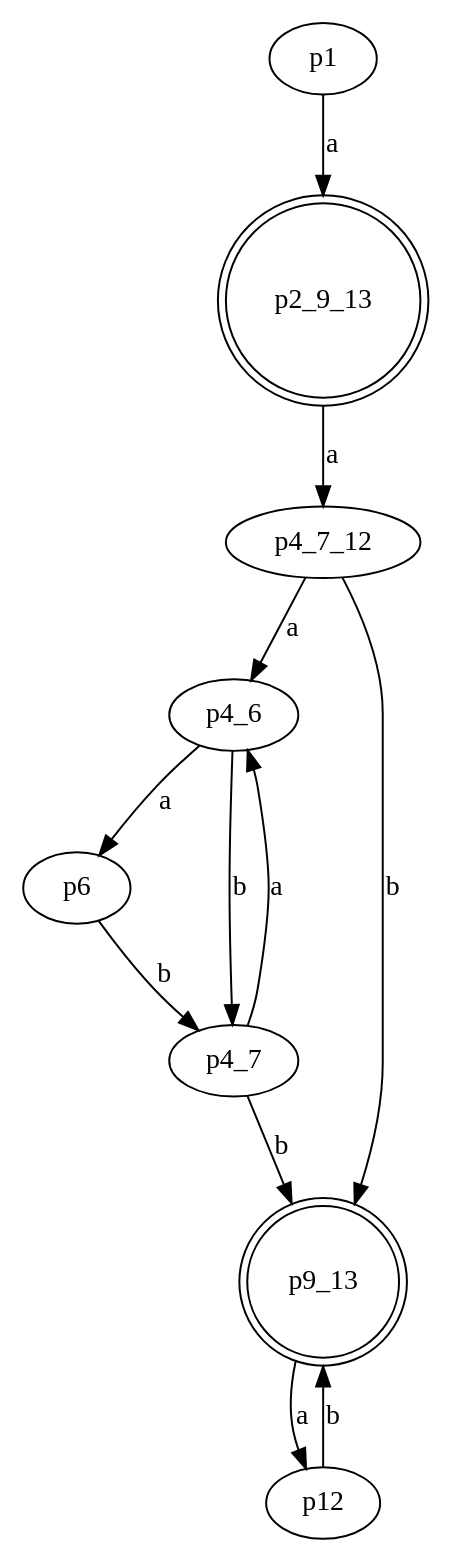
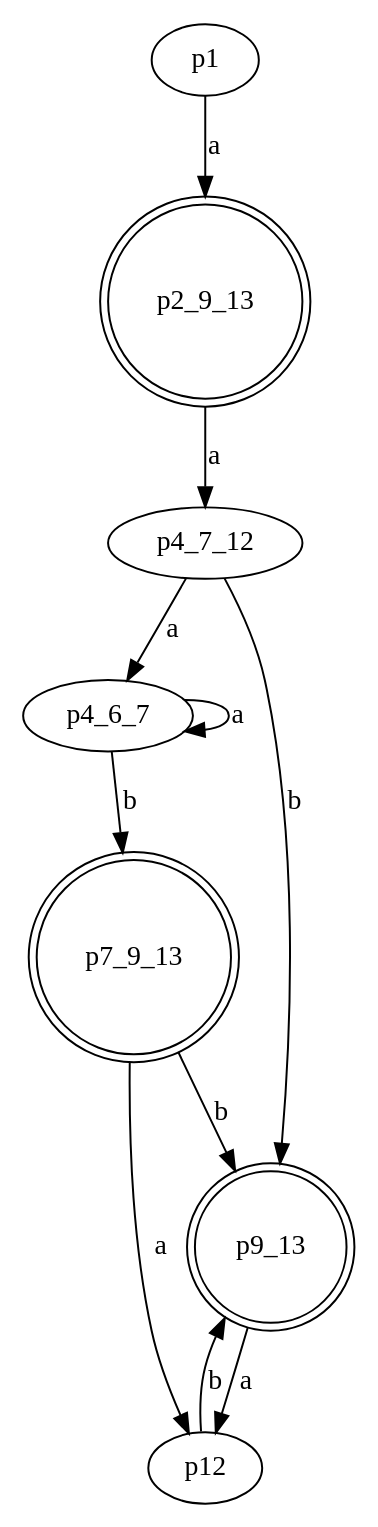
One commit to NRU-MPEI-IMAI/git-Edmelissa changed the diagram in Task3/3_2(final).gv. Above: the diagram before and after it, drawn with Graphviz.

```diff
--- a/Task3/3_2(final).gv
+++ b/Task3/3_2(final).gv
@@ -1,30 +1,28 @@
 digraph G 
 {
     n1 [label = p1]
     n2_9_13 [label = p2_9_13, shape = doublecircle]
     n4_7_12 [label = p4_7_12]
-    n4_6 [label = p4_6]
+    n4_6_7 [label = p4_6_7]
     n9_13 [label = p9_13, shape = doublecircle]
-    n6 [label = p6]
+    n7_9_13 [label = p7_9_13, shape = doublecircle]
     n12 [label = p12]
-    n4_7 [label = p4_7]
+
 
     n1 -> n2_9_13 [label = "a"]
     
     n2_9_13 -> n4_7_12 [label = "a"]
     
-    n4_7_12 -> n4_6 [label = "a"]
+    n4_7_12 -> n4_6_7 [label = "a"]
     n4_7_12 -> n9_13 [label = "b"]
     
-    n4_6 -> n6 [label = "a"]
-    n4_6 -> n4_7 [label = "b"]
+    n4_6_7 -> n4_6_7 [label = "a"]
+    n4_6_7 -> n7_9_13 [label = "b"]
     
     n9_13 -> n12 [label = "a"]
     
-    n6 -> n4_7 [label = "b"]
-    
-    n4_7 -> n4_6 [label = "a"]
-    n4_7 -> n9_13 [label = "b"]
+    n7_9_13 -> n12 [label = "a"]
+    n7_9_13 -> n9_13 [label = "b"]
     
     n12 -> n9_13 [label = "b"]
 }
```
